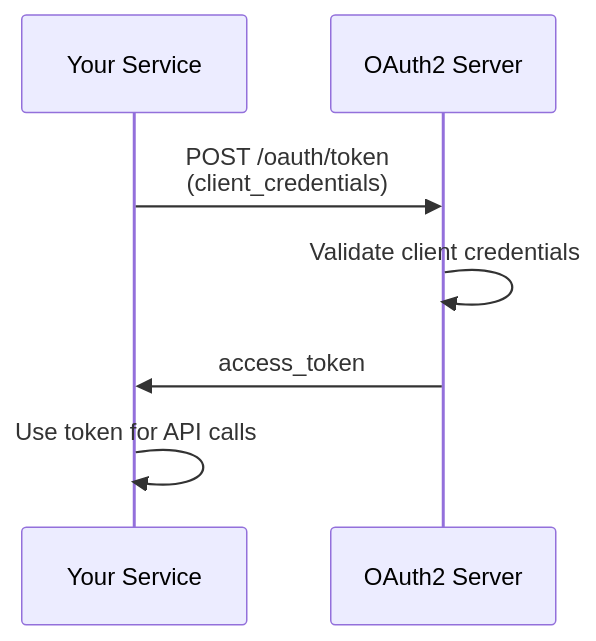
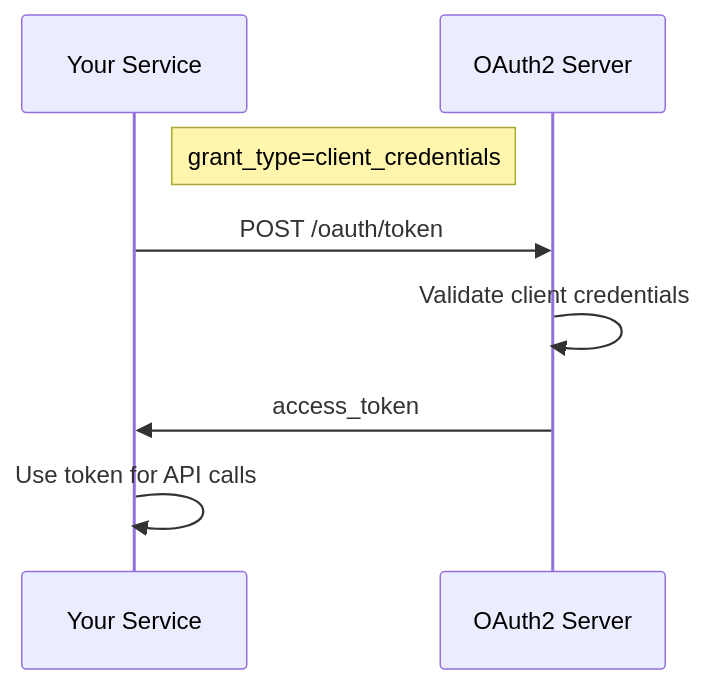
The second of 2 diagrams in docs/getting-started/quickstart.md (ianlintner/rust_oauth2), drawn with Mermaid before and after one commit. The commit also changed other lines of this file and 9 other files, not shown here.

Commit message:
Fix mermaid diagram labels and improve markdown formatting across documentation

````diff
--- a/docs/getting-started/quickstart.md
+++ b/docs/getting-started/quickstart.md
@@ -168,10 +169,11 @@
 ```mermaid
 sequenceDiagram
     participant App as Your Service
     participant OAuth2 as OAuth2 Server
     
-    App->>OAuth2: POST /oauth/token<br/>(client_credentials)
+    Note right of App: grant_type=client_credentials
+    App->>OAuth2: POST /oauth/token
     OAuth2->>OAuth2: Validate client credentials
     OAuth2->>App: access_token
     App->>App: Use token for API calls
 ```
````
